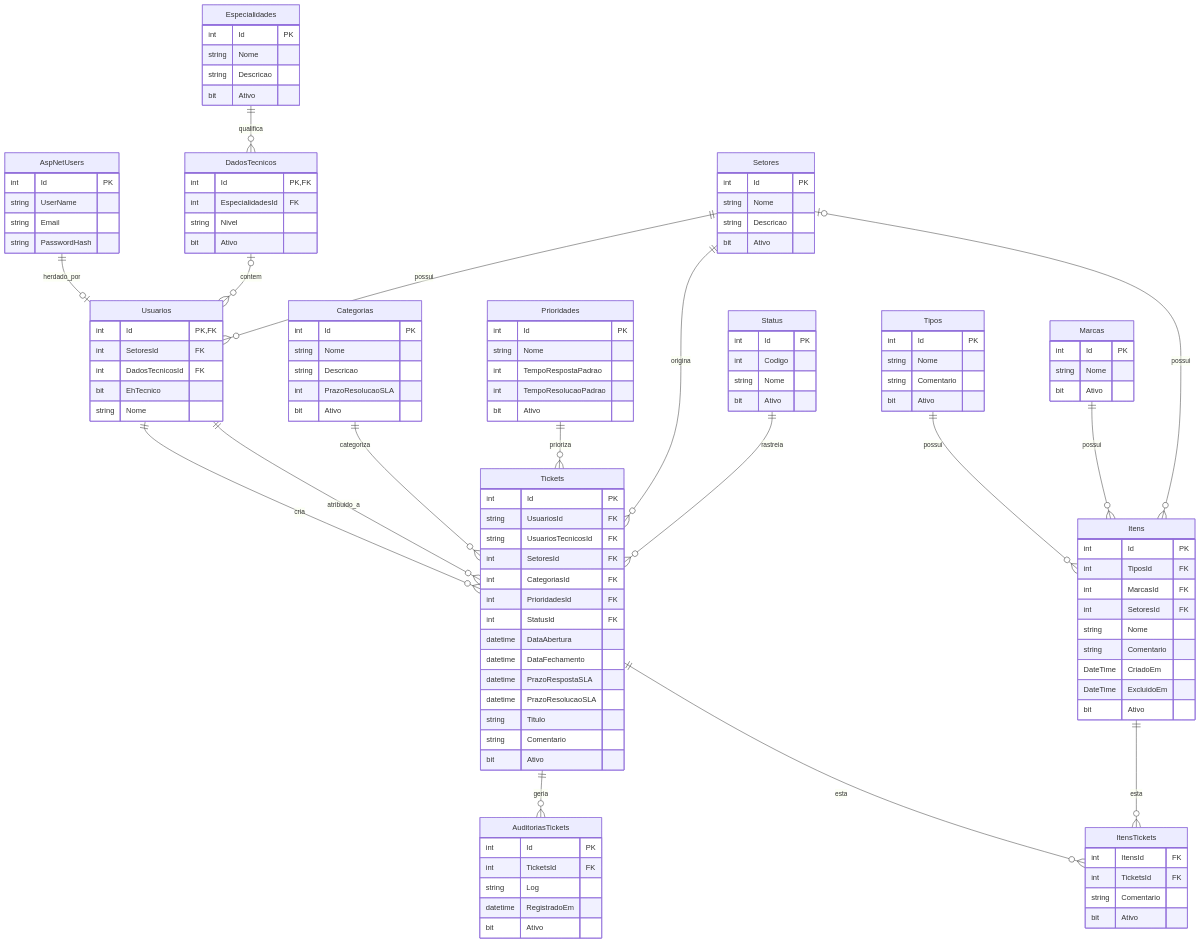
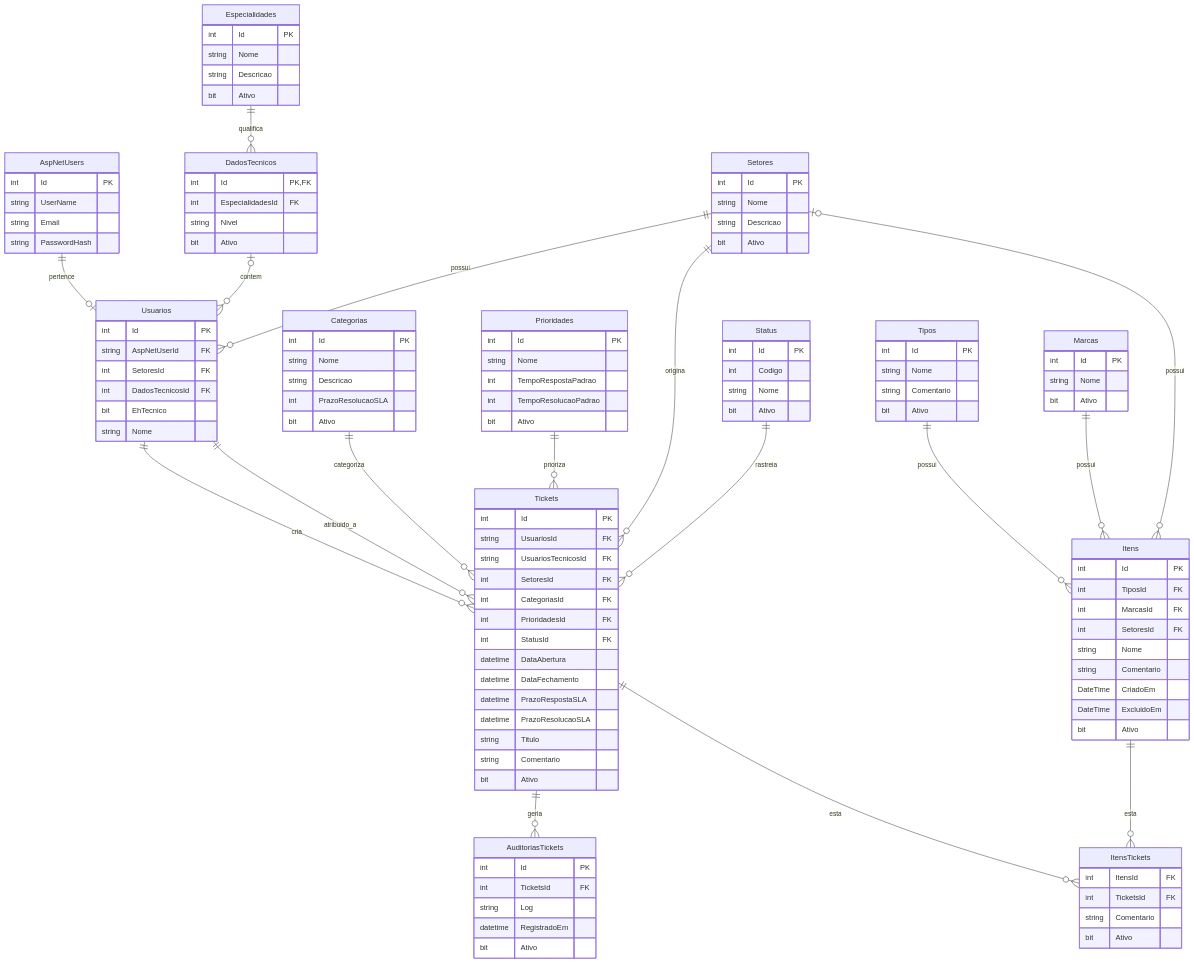
One commit to agsfranco/ChamadosTi changed the diagram in ServiceOrder.md. Above: the diagram before and after it, drawn with Mermaid. The commit also changed 8 other files, not shown here.

Commit message:
Desvinculado Usuarios de AspNetUsers

```diff
--- a/ServiceOrder.md
+++ b/ServiceOrder.md
@@ -34,7 +34,8 @@
 
     %% Usuario Comum (Herda de AspNetUsers)
     Usuarios {
-    int Id PK, FK
+        int Id PK
+        string AspNetUserId FK
         int SetoresId FK
         int DadosTecnicosId FK
         bit EhTecnico
@@ -129,11 +130,9 @@
         bit Ativo
     }
 
-    %% Relacionamentos de Heranca (1 para 0..1)
-    AspNetUsers ||--o| Usuarios : "herdado_por"
-    DadosTecnicos o|--o{ Usuarios : "contem"
-
     %% Demais Relacionamentos
+    AspNetUsers ||--o| Usuarios : "pertence"
+    DadosTecnicos o|--o{ Usuarios : "contem"    
     Setores ||--o{ Usuarios : "possui"
     Usuarios ||--o{ Tickets : "cria"
     Usuarios ||--o{ Tickets : "atribuido_a"
```
